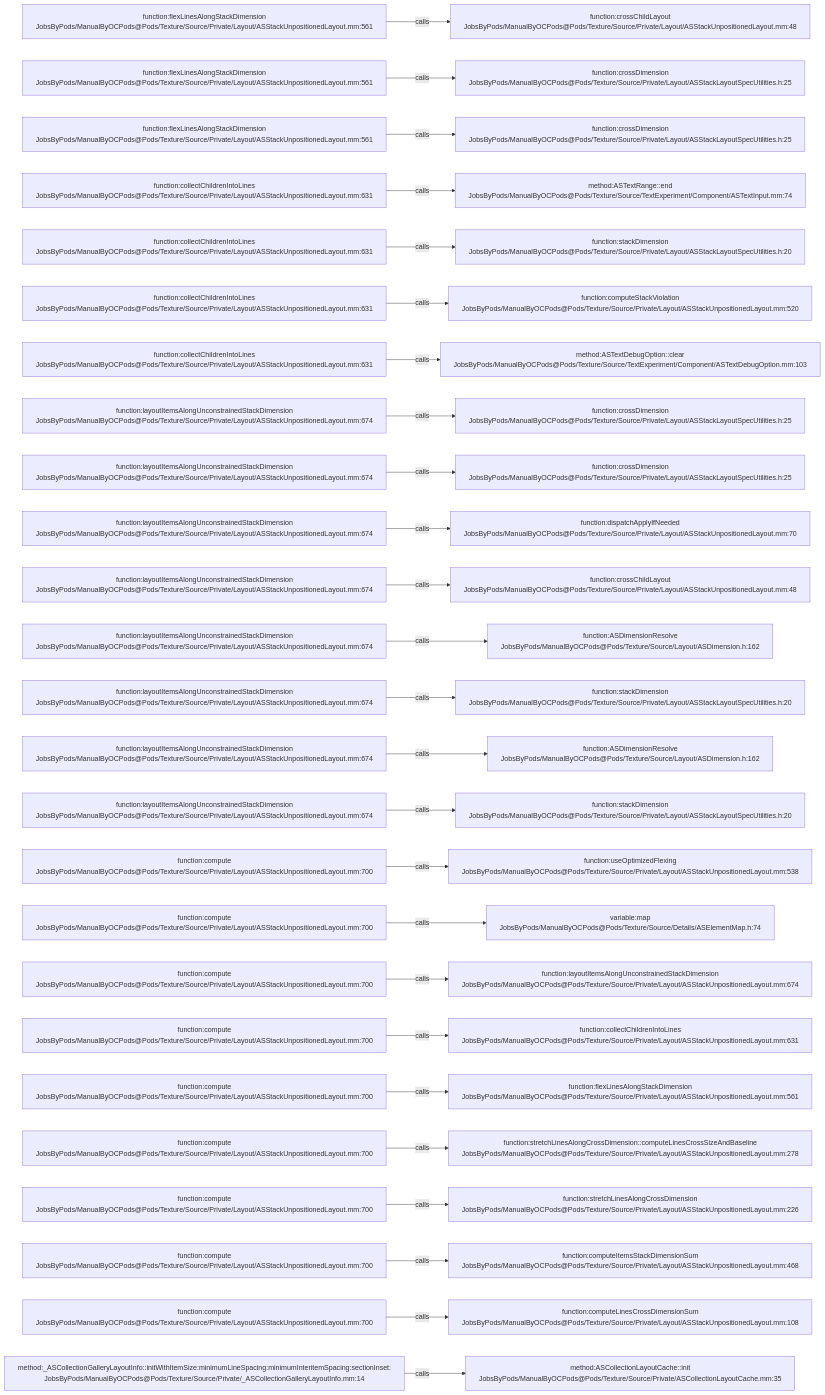
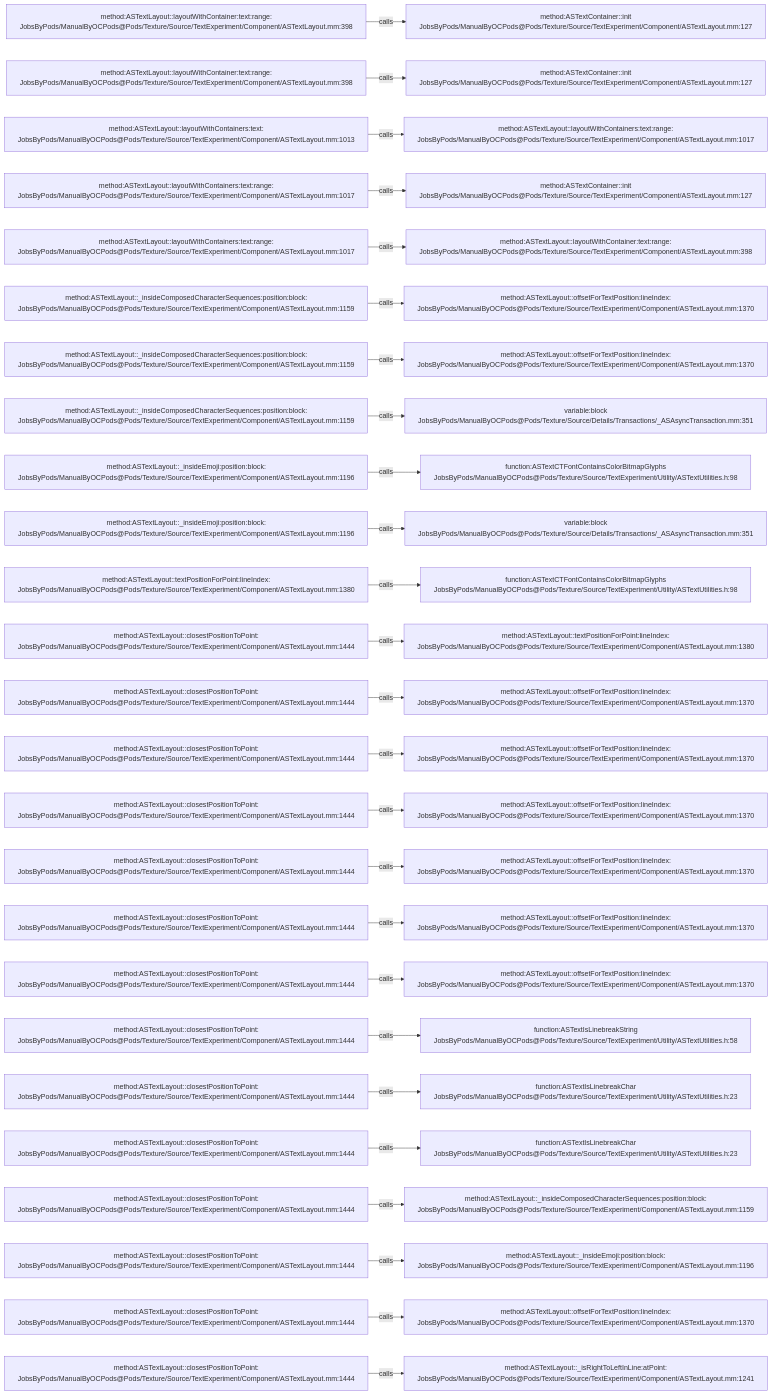
Before and after one commit to JobsKits/JobsOCBaseConfigDemo: the diagram in .codegraph/codegraph.md/graphs/calls-194.md, drawn with Mermaid. The commit also changed 1448 other files, not shown here.

````diff
--- a/.codegraph/codegraph.md/graphs/calls-194.md
+++ b/.codegraph/codegraph.md/graphs/calls-194.md
@@ -13,78 +13,78 @@
 ```mermaid
 flowchart LR
-  S1["function:flexLinesAlongStackDimension<br/>JobsByPods/ManualByOCPods@Pods/Texture/Source/Private/Layout/ASStackUnpositionedLayout.mm:561"]
-  T1["function:crossChildLayout<br/>JobsByPods/ManualByOCPods@Pods/Texture/Source/Private/Layout/ASStackUnpositionedLayout.mm:48"]
+  S1["method:ASTextLayout::layoutWithContainer:text:range:<br/>JobsByPods/ManualByOCPods@Pods/Texture/Source/TextExperiment/Component/ASTextLayout.mm:398"]
+  T1["method:ASTextContainer::init<br/>JobsByPods/ManualByOCPods@Pods/Texture/Source/TextExperiment/Component/ASTextLayout.mm:127"]
   S1 -->|calls| T1
-  S2["function:flexLinesAlongStackDimension<br/>JobsByPods/ManualByOCPods@Pods/Texture/Source/Private/Layout/ASStackUnpositionedLayout.mm:561"]
-  T2["function:crossDimension<br/>JobsByPods/ManualByOCPods@Pods/Texture/Source/Private/Layout/ASStackLayoutSpecUtilities.h:25"]
+  S2["method:ASTextLayout::layoutWithContainer:text:range:<br/>JobsByPods/ManualByOCPods@Pods/Texture/Source/TextExperiment/Component/ASTextLayout.mm:398"]
+  T2["method:ASTextContainer::init<br/>JobsByPods/ManualByOCPods@Pods/Texture/Source/TextExperiment/Component/ASTextLayout.mm:127"]
   S2 -->|calls| T2
-  S3["function:flexLinesAlongStackDimension<br/>JobsByPods/ManualByOCPods@Pods/Texture/Source/Private/Layout/ASStackUnpositionedLayout.mm:561"]
-  T3["function:crossDimension<br/>JobsByPods/ManualByOCPods@Pods/Texture/Source/Private/Layout/ASStackLayoutSpecUtilities.h:25"]
+  S3["method:ASTextLayout::layoutWithContainers:text:<br/>JobsByPods/ManualByOCPods@Pods/Texture/Source/TextExperiment/Component/ASTextLayout.mm:1013"]
+  T3["method:ASTextLayout::layoutWithContainers:text:range:<br/>JobsByPods/ManualByOCPods@Pods/Texture/Source/TextExperiment/Component/ASTextLayout.mm:1017"]
   S3 -->|calls| T3
-  S4["function:collectChildrenIntoLines<br/>JobsByPods/ManualByOCPods@Pods/Texture/Source/Private/Layout/ASStackUnpositionedLayout.mm:631"]
-  T4["method:ASTextRange::end<br/>JobsByPods/ManualByOCPods@Pods/Texture/Source/TextExperiment/Component/ASTextInput.mm:74"]
+  S4["method:ASTextLayout::layoutWithContainers:text:range:<br/>JobsByPods/ManualByOCPods@Pods/Texture/Source/TextExperiment/Component/ASTextLayout.mm:1017"]
+  T4["method:ASTextContainer::init<br/>JobsByPods/ManualByOCPods@Pods/Texture/Source/TextExperiment/Component/ASTextLayout.mm:127"]
   S4 -->|calls| T4
-  S5["function:collectChildrenIntoLines<br/>JobsByPods/ManualByOCPods@Pods/Texture/Source/Private/Layout/ASStackUnpositionedLayout.mm:631"]
-  T5["function:stackDimension<br/>JobsByPods/ManualByOCPods@Pods/Texture/Source/Private/Layout/ASStackLayoutSpecUtilities.h:20"]
+  S5["method:ASTextLayout::layoutWithContainers:text:range:<br/>JobsByPods/ManualByOCPods@Pods/Texture/Source/TextExperiment/Component/ASTextLayout.mm:1017"]
+  T5["method:ASTextLayout::layoutWithContainer:text:range:<br/>JobsByPods/ManualByOCPods@Pods/Texture/Source/TextExperiment/Component/ASTextLayout.mm:398"]
   S5 -->|calls| T5
-  S6["function:collectChildrenIntoLines<br/>JobsByPods/ManualByOCPods@Pods/Texture/Source/Private/Layout/ASStackUnpositionedLayout.mm:631"]
-  T6["function:computeStackViolation<br/>JobsByPods/ManualByOCPods@Pods/Texture/Source/Private/Layout/ASStackUnpositionedLayout.mm:520"]
+  S6["method:ASTextLayout::_insideComposedCharacterSequences:position:block:<br/>JobsByPods/ManualByOCPods@Pods/Texture/Source/TextExperiment/Component/ASTextLayout.mm:1159"]
+  T6["method:ASTextLayout::offsetForTextPosition:lineIndex:<br/>JobsByPods/ManualByOCPods@Pods/Texture/Source/TextExperiment/Component/ASTextLayout.mm:1370"]
   S6 -->|calls| T6
-  S7["function:collectChildrenIntoLines<br/>JobsByPods/ManualByOCPods@Pods/Texture/Source/Private/Layout/ASStackUnpositionedLayout.mm:631"]
-  T7["method:ASTextDebugOption::clear<br/>JobsByPods/ManualByOCPods@Pods/Texture/Source/TextExperiment/Component/ASTextDebugOption.mm:103"]
+  S7["method:ASTextLayout::_insideComposedCharacterSequences:position:block:<br/>JobsByPods/ManualByOCPods@Pods/Texture/Source/TextExperiment/Component/ASTextLayout.mm:1159"]
+  T7["method:ASTextLayout::offsetForTextPosition:lineIndex:<br/>JobsByPods/ManualByOCPods@Pods/Texture/Source/TextExperiment/Component/ASTextLayout.mm:1370"]
   S7 -->|calls| T7
-  S8["function:layoutItemsAlongUnconstrainedStackDimension<br/>JobsByPods/ManualByOCPods@Pods/Texture/Source/Private/Layout/ASStackUnpositionedLayout.mm:674"]
-  T8["function:crossDimension<br/>JobsByPods/ManualByOCPods@Pods/Texture/Source/Private/Layout/ASStackLayoutSpecUtilities.h:25"]
+  S8["method:ASTextLayout::_insideComposedCharacterSequences:position:block:<br/>JobsByPods/ManualByOCPods@Pods/Texture/Source/TextExperiment/Component/ASTextLayout.mm:1159"]
+  T8["variable:block<br/>JobsByPods/ManualByOCPods@Pods/Texture/Source/Details/Transactions/_ASAsyncTransaction.mm:351"]
   S8 -->|calls| T8
-  S9["function:layoutItemsAlongUnconstrainedStackDimension<br/>JobsByPods/ManualByOCPods@Pods/Texture/Source/Private/Layout/ASStackUnpositionedLayout.mm:674"]
-  T9["function:crossDimension<br/>JobsByPods/ManualByOCPods@Pods/Texture/Source/Private/Layout/ASStackLayoutSpecUtilities.h:25"]
+  S9["method:ASTextLayout::_insideEmoji:position:block:<br/>JobsByPods/ManualByOCPods@Pods/Texture/Source/TextExperiment/Component/ASTextLayout.mm:1196"]
+  T9["function:ASTextCTFontContainsColorBitmapGlyphs<br/>JobsByPods/ManualByOCPods@Pods/Texture/Source/TextExperiment/Utility/ASTextUtilities.h:98"]
   S9 -->|calls| T9
-  S10["function:layoutItemsAlongUnconstrainedStackDimension<br/>JobsByPods/ManualByOCPods@Pods/Texture/Source/Private/Layout/ASStackUnpositionedLayout.mm:674"]
-  T10["function:dispatchApplyIfNeeded<br/>JobsByPods/ManualByOCPods@Pods/Texture/Source/Private/Layout/ASStackUnpositionedLayout.mm:70"]
+  S10["method:ASTextLayout::_insideEmoji:position:block:<br/>JobsByPods/ManualByOCPods@Pods/Texture/Source/TextExperiment/Component/ASTextLayout.mm:1196"]
+  T10["variable:block<br/>JobsByPods/ManualByOCPods@Pods/Texture/Source/Details/Transactions/_ASAsyncTransaction.mm:351"]
   S10 -->|calls| T10
-  S11["function:layoutItemsAlongUnconstrainedStackDimension<br/>JobsByPods/ManualByOCPods@Pods/Texture/Source/Private/Layout/ASStackUnpositionedLayout.mm:674"]
-  T11["function:crossChildLayout<br/>JobsByPods/ManualByOCPods@Pods/Texture/Source/Private/Layout/ASStackUnpositionedLayout.mm:48"]
+  S11["method:ASTextLayout::textPositionForPoint:lineIndex:<br/>JobsByPods/ManualByOCPods@Pods/Texture/Source/TextExperiment/Component/ASTextLayout.mm:1380"]
+  T11["function:ASTextCTFontContainsColorBitmapGlyphs<br/>JobsByPods/ManualByOCPods@Pods/Texture/Source/TextExperiment/Utility/ASTextUtilities.h:98"]
   S11 -->|calls| T11
-  S12["function:layoutItemsAlongUnconstrainedStackDimension<br/>JobsByPods/ManualByOCPods@Pods/Texture/Source/Private/Layout/ASStackUnpositionedLayout.mm:674"]
-  T12["function:ASDimensionResolve<br/>JobsByPods/ManualByOCPods@Pods/Texture/Source/Layout/ASDimension.h:162"]
+  S12["method:ASTextLayout::closestPositionToPoint:<br/>JobsByPods/ManualByOCPods@Pods/Texture/Source/TextExperiment/Component/ASTextLayout.mm:1444"]
+  T12["method:ASTextLayout::textPositionForPoint:lineIndex:<br/>JobsByPods/ManualByOCPods@Pods/Texture/Source/TextExperiment/Component/ASTextLayout.mm:1380"]
   S12 -->|calls| T12
-  S13["function:layoutItemsAlongUnconstrainedStackDimension<br/>JobsByPods/ManualByOCPods@Pods/Texture/Source/Private/Layout/ASStackUnpositionedLayout.mm:674"]
-  T13["function:stackDimension<br/>JobsByPods/ManualByOCPods@Pods/Texture/Source/Private/Layout/ASStackLayoutSpecUtilities.h:20"]
+  S13["method:ASTextLayout::closestPositionToPoint:<br/>JobsByPods/ManualByOCPods@Pods/Texture/Source/TextExperiment/Component/ASTextLayout.mm:1444"]
+  T13["method:ASTextLayout::offsetForTextPosition:lineIndex:<br/>JobsByPods/ManualByOCPods@Pods/Texture/Source/TextExperiment/Component/ASTextLayout.mm:1370"]
   S13 -->|calls| T13
-  S14["function:layoutItemsAlongUnconstrainedStackDimension<br/>JobsByPods/ManualByOCPods@Pods/Texture/Source/Private/Layout/ASStackUnpositionedLayout.mm:674"]
-  T14["function:ASDimensionResolve<br/>JobsByPods/ManualByOCPods@Pods/Texture/Source/Layout/ASDimension.h:162"]
+  S14["method:ASTextLayout::closestPositionToPoint:<br/>JobsByPods/ManualByOCPods@Pods/Texture/Source/TextExperiment/Component/ASTextLayout.mm:1444"]
+  T14["method:ASTextLayout::offsetForTextPosition:lineIndex:<br/>JobsByPods/ManualByOCPods@Pods/Texture/Source/TextExperiment/Component/ASTextLayout.mm:1370"]
   S14 -->|calls| T14
-  S15["function:layoutItemsAlongUnconstrainedStackDimension<br/>JobsByPods/ManualByOCPods@Pods/Texture/Source/Private/Layout/ASStackUnpositionedLayout.mm:674"]
-  T15["function:stackDimension<br/>JobsByPods/ManualByOCPods@Pods/Texture/Source/Private/Layout/ASStackLayoutSpecUtilities.h:20"]
+  S15["method:ASTextLayout::closestPositionToPoint:<br/>JobsByPods/ManualByOCPods@Pods/Texture/Source/TextExperiment/Component/ASTextLayout.mm:1444"]
+  T15["method:ASTextLayout::offsetForTextPosition:lineIndex:<br/>JobsByPods/ManualByOCPods@Pods/Texture/Source/TextExperiment/Component/ASTextLayout.mm:1370"]
   S15 -->|calls| T15
-  S16["function:compute<br/>JobsByPods/ManualByOCPods@Pods/Texture/Source/Private/Layout/ASStackUnpositionedLayout.mm:700"]
-  T16["function:useOptimizedFlexing<br/>JobsByPods/ManualByOCPods@Pods/Texture/Source/Private/Layout/ASStackUnpositionedLayout.mm:538"]
+  S16["method:ASTextLayout::closestPositionToPoint:<br/>JobsByPods/ManualByOCPods@Pods/Texture/Source/TextExperiment/Component/ASTextLayout.mm:1444"]
+  T16["method:ASTextLayout::offsetForTextPosition:lineIndex:<br/>JobsByPods/ManualByOCPods@Pods/Texture/Source/TextExperiment/Component/ASTextLayout.mm:1370"]
   S16 -->|calls| T16
-  S17["function:compute<br/>JobsByPods/ManualByOCPods@Pods/Texture/Source/Private/Layout/ASStackUnpositionedLayout.mm:700"]
-  T17["variable:map<br/>JobsByPods/ManualByOCPods@Pods/Texture/Source/Details/ASElementMap.h:74"]
+  S17["method:ASTextLayout::closestPositionToPoint:<br/>JobsByPods/ManualByOCPods@Pods/Texture/Source/TextExperiment/Component/ASTextLayout.mm:1444"]
+  T17["method:ASTextLayout::offsetForTextPosition:lineIndex:<br/>JobsByPods/ManualByOCPods@Pods/Texture/Source/TextExperiment/Component/ASTextLayout.mm:1370"]
   S17 -->|calls| T17
-  S18["function:compute<br/>JobsByPods/ManualByOCPods@Pods/Texture/Source/Private/Layout/ASStackUnpositionedLayout.mm:700"]
-  T18["function:layoutItemsAlongUnconstrainedStackDimension<br/>JobsByPods/ManualByOCPods@Pods/Texture/Source/Private/Layout/ASStackUnpositionedLayout.mm:674"]
+  S18["method:ASTextLayout::closestPositionToPoint:<br/>JobsByPods/ManualByOCPods@Pods/Texture/Source/TextExperiment/Component/ASTextLayout.mm:1444"]
+  T18["method:ASTextLayout::offsetForTextPosition:lineIndex:<br/>JobsByPods/ManualByOCPods@Pods/Texture/Source/TextExperiment/Component/ASTextLayout.mm:1370"]
   S18 -->|calls| T18
-  S19["function:compute<br/>JobsByPods/ManualByOCPods@Pods/Texture/Source/Private/Layout/ASStackUnpositionedLayout.mm:700"]
-  T19["function:collectChildrenIntoLines<br/>JobsByPods/ManualByOCPods@Pods/Texture/Source/Private/Layout/ASStackUnpositionedLayout.mm:631"]
+  S19["method:ASTextLayout::closestPositionToPoint:<br/>JobsByPods/ManualByOCPods@Pods/Texture/Source/TextExperiment/Component/ASTextLayout.mm:1444"]
+  T19["function:ASTextIsLinebreakString<br/>JobsByPods/ManualByOCPods@Pods/Texture/Source/TextExperiment/Utility/ASTextUtilities.h:58"]
   S19 -->|calls| T19
-  S20["function:compute<br/>JobsByPods/ManualByOCPods@Pods/Texture/Source/Private/Layout/ASStackUnpositionedLayout.mm:700"]
-  T20["function:flexLinesAlongStackDimension<br/>JobsByPods/ManualByOCPods@Pods/Texture/Source/Private/Layout/ASStackUnpositionedLayout.mm:561"]
+  S20["method:ASTextLayout::closestPositionToPoint:<br/>JobsByPods/ManualByOCPods@Pods/Texture/Source/TextExperiment/Component/ASTextLayout.mm:1444"]
+  T20["function:ASTextIsLinebreakChar<br/>JobsByPods/ManualByOCPods@Pods/Texture/Source/TextExperiment/Utility/ASTextUtilities.h:23"]
   S20 -->|calls| T20
-  S21["function:compute<br/>JobsByPods/ManualByOCPods@Pods/Texture/Source/Private/Layout/ASStackUnpositionedLayout.mm:700"]
-  T21["function:stretchLinesAlongCrossDimension::computeLinesCrossSizeAndBaseline<br/>JobsByPods/ManualByOCPods@Pods/Texture/Source/Private/Layout/ASStackUnpositionedLayout.mm:278"]
+  S21["method:ASTextLayout::closestPositionToPoint:<br/>JobsByPods/ManualByOCPods@Pods/Texture/Source/TextExperiment/Component/ASTextLayout.mm:1444"]
+  T21["function:ASTextIsLinebreakChar<br/>JobsByPods/ManualByOCPods@Pods/Texture/Source/TextExperiment/Utility/ASTextUtilities.h:23"]
   S21 -->|calls| T21
-  S22["function:compute<br/>JobsByPods/ManualByOCPods@Pods/Texture/Source/Private/Layout/ASStackUnpositionedLayout.mm:700"]
-  T22["function:stretchLinesAlongCrossDimension<br/>JobsByPods/ManualByOCPods@Pods/Texture/Source/Private/Layout/ASStackUnpositionedLayout.mm:226"]
+  S22["method:ASTextLayout::closestPositionToPoint:<br/>JobsByPods/ManualByOCPods@Pods/Texture/Source/TextExperiment/Component/ASTextLayout.mm:1444"]
+  T22["method:ASTextLayout::_insideComposedCharacterSequences:position:block:<br/>JobsByPods/ManualByOCPods@Pods/Texture/Source/TextExperiment/Component/ASTextLayout.mm:1159"]
   S22 -->|calls| T22
-  S23["function:compute<br/>JobsByPods/ManualByOCPods@Pods/Texture/Source/Private/Layout/ASStackUnpositionedLayout.mm:700"]
-  T23["function:computeItemsStackDimensionSum<br/>JobsByPods/ManualByOCPods@Pods/Texture/Source/Private/Layout/ASStackUnpositionedLayout.mm:468"]
+  S23["method:ASTextLayout::closestPositionToPoint:<br/>JobsByPods/ManualByOCPods@Pods/Texture/Source/TextExperiment/Component/ASTextLayout.mm:1444"]
+  T23["method:ASTextLayout::_insideEmoji:position:block:<br/>JobsByPods/ManualByOCPods@Pods/Texture/Source/TextExperiment/Component/ASTextLayout.mm:1196"]
   S23 -->|calls| T23
-  S24["function:compute<br/>JobsByPods/ManualByOCPods@Pods/Texture/Source/Private/Layout/ASStackUnpositionedLayout.mm:700"]
-  T24["function:computeLinesCrossDimensionSum<br/>JobsByPods/ManualByOCPods@Pods/Texture/Source/Private/Layout/ASStackUnpositionedLayout.mm:108"]
+  S24["method:ASTextLayout::closestPositionToPoint:<br/>JobsByPods/ManualByOCPods@Pods/Texture/Source/TextExperiment/Component/ASTextLayout.mm:1444"]
+  T24["method:ASTextLayout::offsetForTextPosition:lineIndex:<br/>JobsByPods/ManualByOCPods@Pods/Texture/Source/TextExperiment/Component/ASTextLayout.mm:1370"]
   S24 -->|calls| T24
-  S25["method:_ASCollectionGalleryLayoutInfo::initWithItemSize:minimumLineSpacing:minimumInteritemSpacing:sectionInset:<br/>JobsByPods/ManualByOCPods@Pods/Texture/Source/Private/_ASCollectionGalleryLayoutInfo.mm:14"]
-  T25["method:ASCollectionLayoutCache::init<br/>JobsByPods/ManualByOCPods@Pods/Texture/Source/Private/ASCollectionLayoutCache.mm:35"]
+  S25["method:ASTextLayout::closestPositionToPoint:<br/>JobsByPods/ManualByOCPods@Pods/Texture/Source/TextExperiment/Component/ASTextLayout.mm:1444"]
+  T25["method:ASTextLayout::_isRightToLeftInLine:atPoint:<br/>JobsByPods/ManualByOCPods@Pods/Texture/Source/TextExperiment/Component/ASTextLayout.mm:1241"]
   S25 -->|calls| T25
 ```
````
